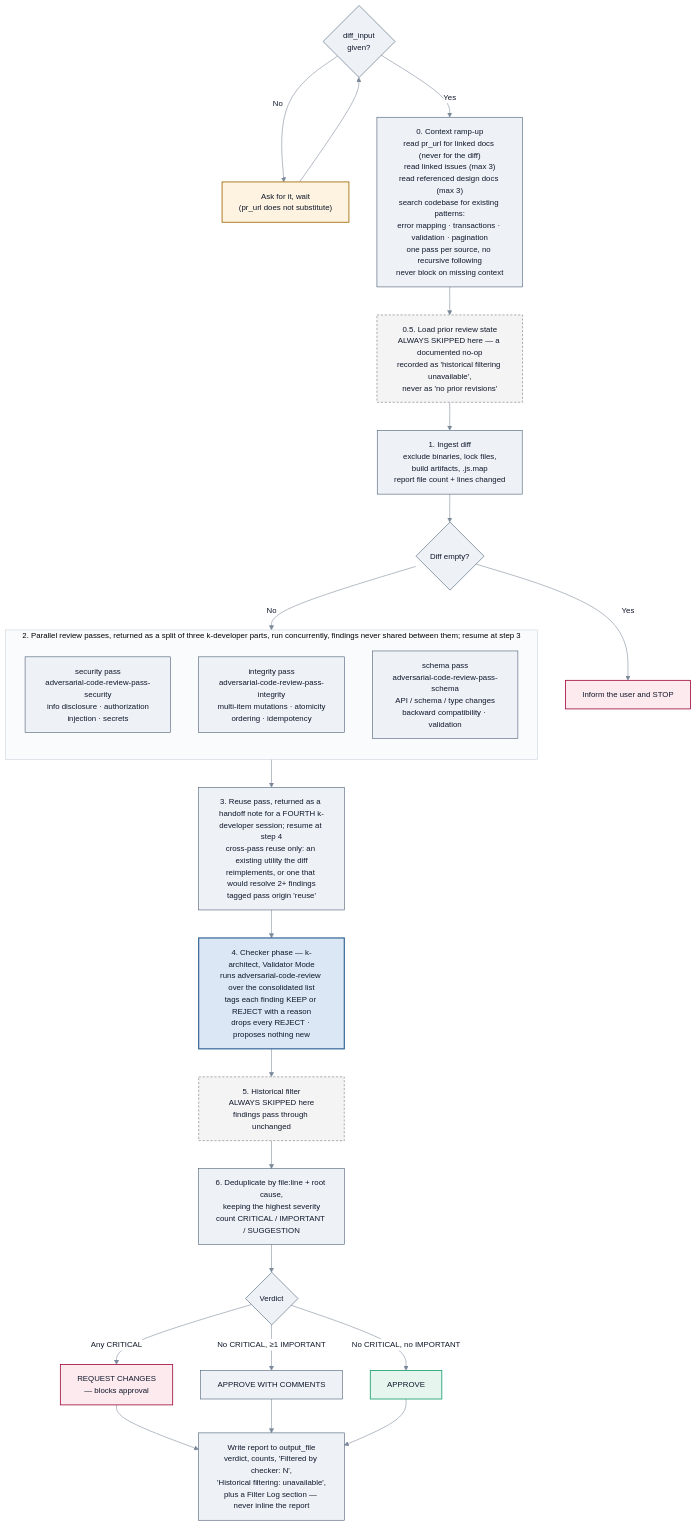
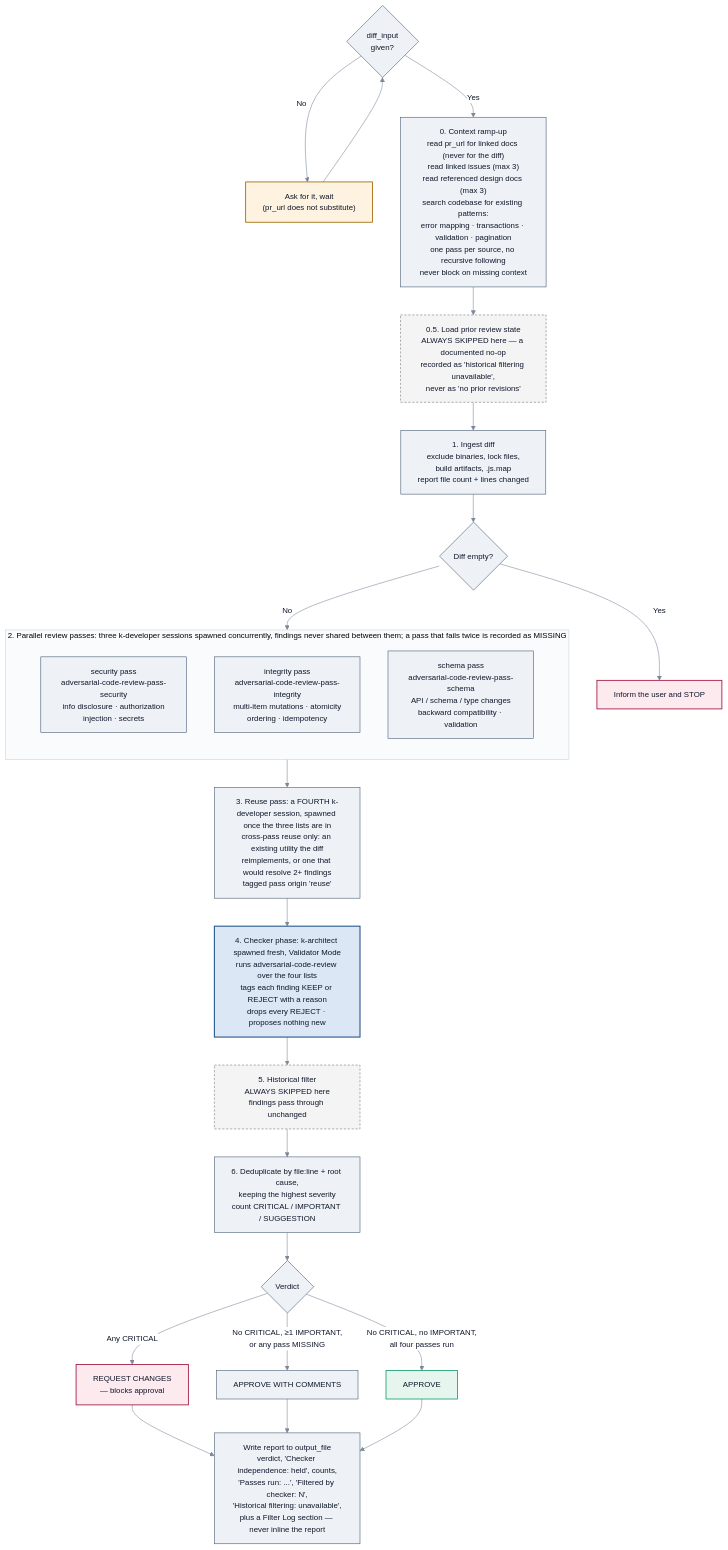
One commit to aws-solutions/konductor changed the third of 4 diagrams in docs/user-guide/sop-workflows/code-review.md. Above: the diagram before and after it, drawn with Mermaid. The commit also changed other lines of this file and 33 other files, not shown here.

````diff
--- a/docs/user-guide/sop-workflows/code-review.md
+++ b/docs/user-guide/sop-workflows/code-review.md
@@ -324,52 +320,52 @@
 ```mermaid
 %%{init:{'theme':'base','themeVariables':{'fontSize':'14px','primaryColor':'#eef2f7','primaryTextColor':'#0f172a','primaryBorderColor':'#40556e','lineColor':'#7a8899','textColor':'#0f172a','edgeLabelBackground':'#ffffff','clusterBkg':'#fafbfc','clusterBorder':'#c9d2dc'}}}%%
 flowchart TD
     P{"diff_input<br/>given?"} -->|No| Ask["Ask for it, wait<br/>(pr_url does not substitute)"]
     Ask --> P
     P -->|Yes| S0
 
     S0["0. Context ramp-up<br/>read pr_url for linked docs (never for the diff)<br/>read linked issues (max 3)<br/>read referenced design docs (max 3)<br/>search codebase for existing patterns:<br/>error mapping · transactions · validation · pagination<br/>one pass per source, no recursive following<br/>never block on missing context"]
 
     S0 --> Half["0.5. Load prior review state<br/>ALWAYS SKIPPED here — a documented no-op<br/>recorded as 'historical filtering unavailable',<br/>never as 'no prior revisions'"]
     Half --> S1["1. Ingest diff<br/>exclude binaries, lock files,<br/>build artifacts, .js.map<br/>report file count + lines changed"]
     S1 --> Empty{"Diff empty?"}
     Empty -->|Yes| Stop["Inform the user and STOP"]
     Empty -->|No| Passes
 
-    subgraph Passes["2. Parallel review passes, returned as a split of three k-developer parts, run concurrently, findings never shared between them; resume at step 3"]
+    subgraph Passes["2. Parallel review passes: three k-developer sessions spawned concurrently, findings never shared between them; a pass that fails twice is recorded as MISSING"]
         direction TB
         S2a["security pass<br/>adversarial-code-review-pass-security<br/>info disclosure · authorization<br/>injection · secrets"]
         S2b["integrity pass<br/>adversarial-code-review-pass-integrity<br/>multi-item mutations · atomicity<br/>ordering · idempotency"]
         S2c["schema pass<br/>adversarial-code-review-pass-schema<br/>API / schema / type changes<br/>backward compatibility · validation"]
     end
 
-    Passes --> S3["3. Reuse pass, returned as a handoff note for a FOURTH k-developer session; resume at step 4<br/>cross-pass reuse only: an existing utility the diff<br/>reimplements, or one that would resolve 2+ findings<br/>tagged pass origin 'reuse'"]
+    Passes --> S3["3. Reuse pass: a FOURTH k-developer session, spawned once the three lists are in<br/>cross-pass reuse only: an existing utility the diff<br/>reimplements, or one that would resolve 2+ findings<br/>tagged pass origin 'reuse'"]
 
-    S3 --> S4["4. Checker phase — k-architect, Validator Mode<br/>runs adversarial-code-review over the consolidated list<br/>tags each finding KEEP or REJECT with a reason<br/>drops every REJECT · proposes nothing new"]
+    S3 --> S4["4. Checker phase: k-architect spawned fresh, Validator Mode<br/>runs adversarial-code-review over the four lists<br/>tags each finding KEEP or REJECT with a reason<br/>drops every REJECT · proposes nothing new"]
 
     S4 --> S5["5. Historical filter<br/>ALWAYS SKIPPED here<br/>findings pass through unchanged"]
 
     S5 --> S6["6. Deduplicate by file:line + root cause,<br/>keeping the highest severity<br/>count CRITICAL / IMPORTANT / SUGGESTION"]
 
     S6 --> V{"Verdict"}
     V -->|"Any CRITICAL"| RC["REQUEST CHANGES<br/>— blocks approval"]
-    V -->|"No CRITICAL, ≥1 IMPORTANT"| AC["APPROVE WITH COMMENTS"]
-    V -->|"No CRITICAL, no IMPORTANT"| AP["APPROVE"]
+    V -->|"No CRITICAL, ≥1 IMPORTANT,<br/>or any pass MISSING"| AC["APPROVE WITH COMMENTS"]
+    V -->|"No CRITICAL, no IMPORTANT,<br/>all four passes run"| AP["APPROVE"]
 
     RC --> W
     AC --> W
     AP --> W
-    W["Write report to output_file<br/>verdict, counts, 'Filtered by checker: N',<br/>'Historical filtering: unavailable',<br/>plus a Filter Log section — never inline the report"]
+    W["Write report to output_file<br/>verdict, 'Checker independence: held', counts,<br/>'Passes run: ...', 'Filtered by checker: N',<br/>'Historical filtering: unavailable',<br/>plus a Filter Log section — never inline the report"]
 
     class Half,S5 muted
     class Ask gate
     class Stop,RC stop
     class AP good
     class S4 focus
 
     classDef gate fill:#fdf3e0,stroke:#a06800,stroke-width:1.5px,color:#0f172a;
     classDef stop fill:#fdeaef,stroke:#a1123f,stroke-width:1.5px,color:#0f172a;
     classDef good fill:#e6f6ef,stroke:#199e70,stroke-width:1.5px,color:#0f172a;
     classDef muted fill:#f4f4f5,stroke:#8a8a8a,stroke-width:1.2px,color:#0f172a,stroke-dasharray:4 3;
     classDef focus fill:#dbe7f5,stroke:#2a5d8f,stroke-width:2px,color:#0f172a;
 ```
````
